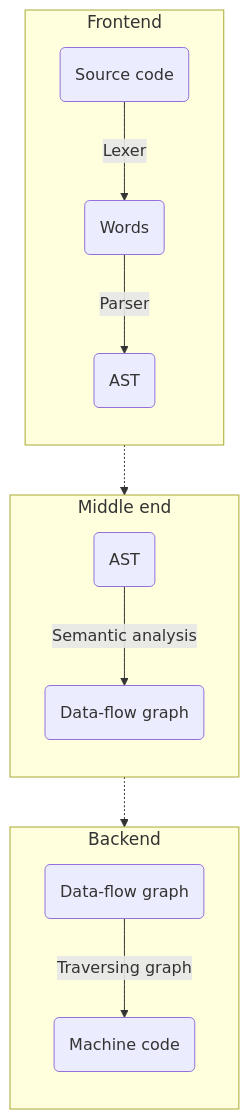
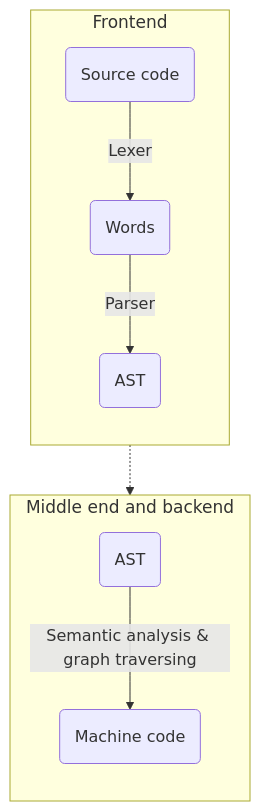
One commit to VukAmidzic/Exper changed the diagram in README.md. Above: the diagram before and after it, drawn with Mermaid. The commit also changed other lines of this file, not shown here.

Commit message:
reorg repo + modified array nodes

````diff
--- a/README.md
+++ b/README.md
@@ -4,22 +4,17 @@
 ```mermaid 
 	graph TB
 		S1:::mainClass
 		S2:::mainClass
-		S3:::mainClass
-		S1 -.-> S2 -.-> S3
+		S1 -.-> S2
 		classDef mainClass font-size: 17px;
 
 		subgraph S1["Frontend"]
 			direction TB;
 			A(Source code) --Lexer--> B(Words)
 			B(Words) --Parser--> C(AST)
 		end
-		subgraph S2["Middle end"]
+		subgraph S2["Middle end and backend"]
 			direction TB;
-			D(AST) --Semantic analysis-->E(Data-flow graph)
-		end
-		subgraph S3["Backend"]
-			direction TB;
-			F(Data-flow graph) --Traversing graph--> G(Machine code)
+			D(AST) --Semantic analysis & graph traversing-->E(Machine code)
 		end
 ```
````
